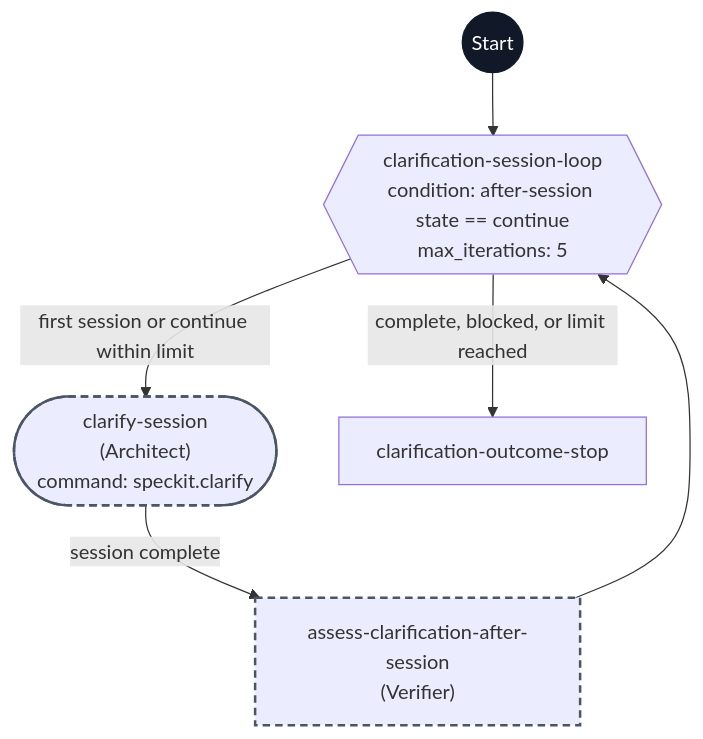
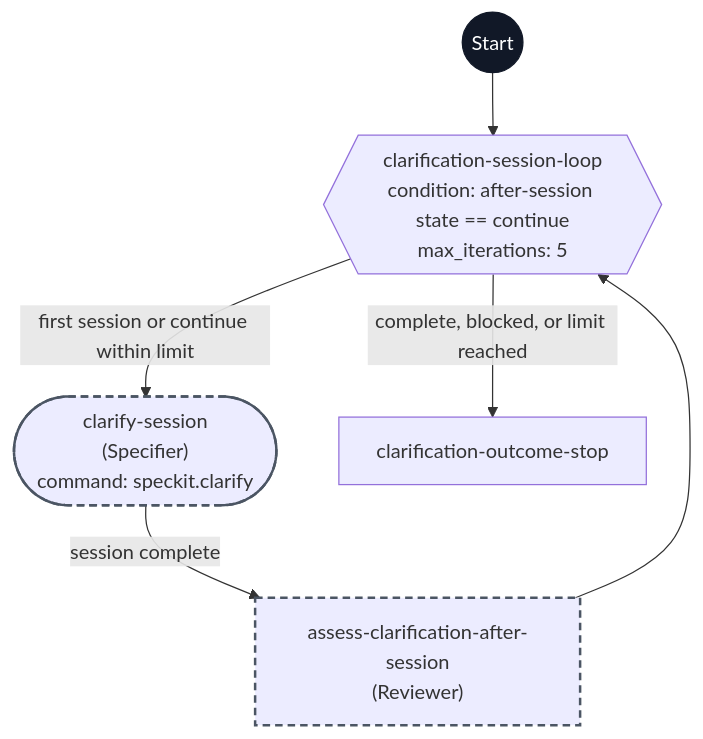
Before and after one commit to pegagio/spec-kit-flow: the diagram in workflows/speckit-flow-clarify/flowchart.md, drawn with Mermaid. The commit also changed 85 other files, not shown here.

Commit message:
Checkpoint flow-kit workflows

````diff
--- a/workflows/speckit-flow-clarify/flowchart.md
+++ b/workflows/speckit-flow-clarify/flowchart.md
@@ -7,19 +7,19 @@
 ```mermaid
 flowchart TD
     start((Start))
     sessionLoop{{"clarification-session-loop<br/>condition: after-session state == continue<br/>max_iterations: 5"}}
-    clarify(["clarify-session<br/>(Architect)<br/>command: speckit.clarify"])
-    after["assess-clarification-after-session<br/>(Verifier)"]
+    clarify(["clarify-session<br/>(Specifier)<br/>command: speckit.clarify"])
+    after["assess-clarification-after-session<br/>(Reviewer)"]
 
     outcome["clarification-outcome-stop"]
 
     start --> sessionLoop
     sessionLoop -- first session or continue within limit --> clarify
     clarify -- session complete --> after
     after --> sessionLoop
     sessionLoop -- complete, blocked, or limit reached --> outcome
 
     classDef delegated stroke:#4b5563,stroke-width:2px,stroke-dasharray:6 4
     class clarify,after delegated
     style start fill:#111827,stroke:#111827,color:#ffffff
 ```
````
